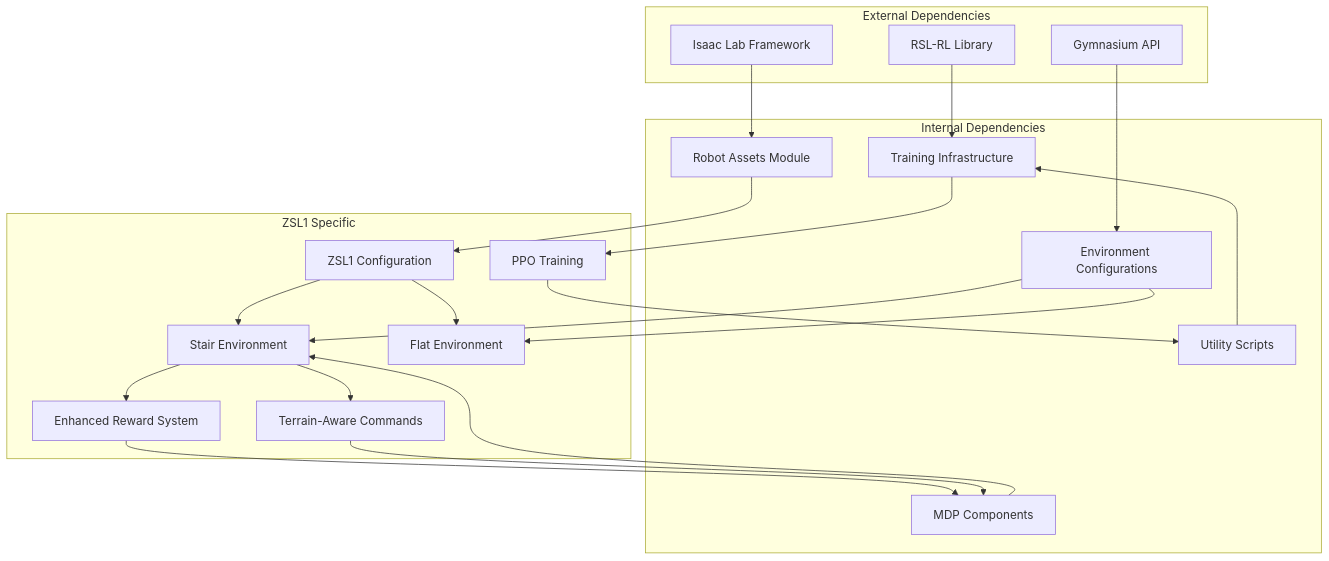
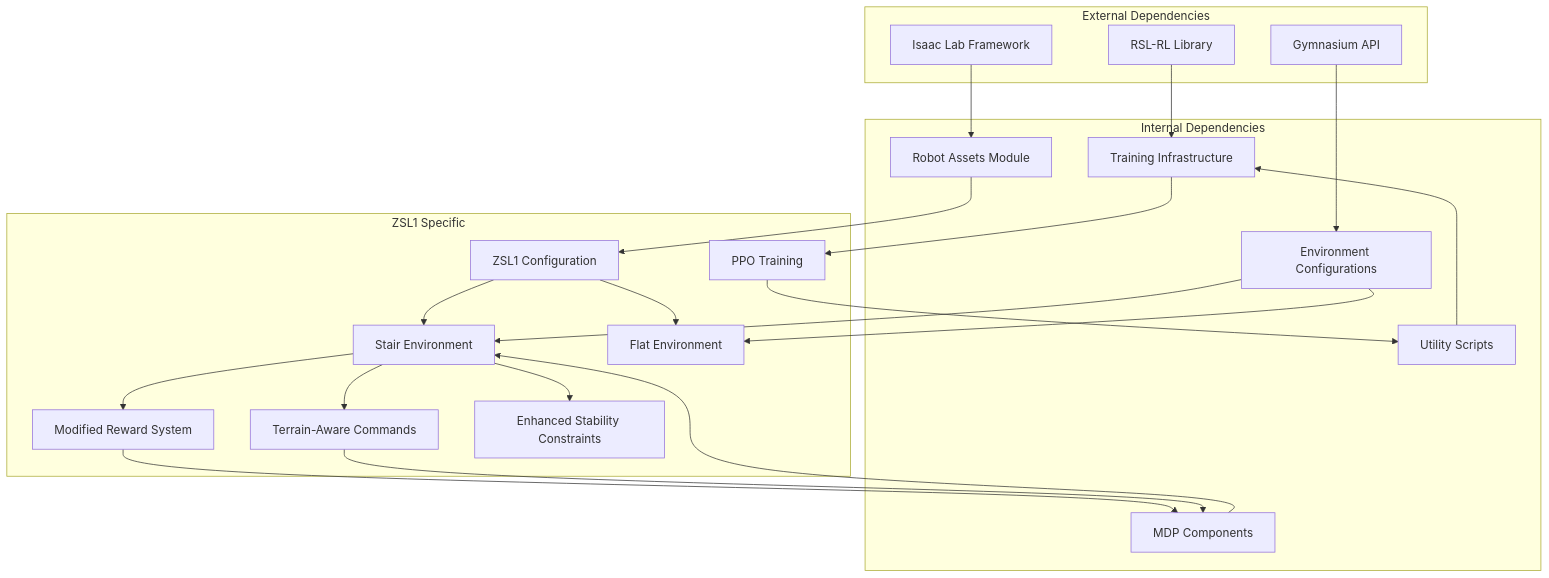
One commit to jayjayhust/robot_lab changed the ninth of 9 diagrams in .qoder/repowiki/en/content/ZSIBOT ZSL1 Stair Climbing Configuration.md. Above: the diagram before and after it, drawn with Mermaid. The commit also changed other lines of this file and 6 other files, not shown here.

````diff
--- a/.qoder/repowiki/en/content/ZSIBOT ZSL1 Stair Climbing Configuration.md
+++ b/.qoder/repowiki/en/content/ZSIBOT ZSL1 Stair Climbing Configuration.md
@@ -403,39 +449,41 @@
 ```mermaid
 graph TB
 subgraph "External Dependencies"
 ISAACLAB["Isaac Lab Framework"]
 RSL_RL["RSL-RL Library"]
 GYMNASIUM["Gymnasium API"]
 end
 subgraph "Internal Dependencies"
 ASSETS["Robot Assets Module"]
 ENV_CONFIG["Environment Configurations"]
 TRAINING["Training Infrastructure"]
 SCRIPTS["Utility Scripts"]
 MDP["MDP Components"]
 end
 subgraph "ZSL1 Specific"
 ZSL1_CFG["ZSL1 Configuration"]
 STAIR_CFG["Stair Environment"]
 FLAT_CFG["Flat Environment"]
 PPO_CFG["PPO Training"]
-ENHANCED_REWARDS["Enhanced Reward System"]
+MODIFIED_REWARDS["Modified Reward System"]
 TERRAIN_COMMANDS["Terrain-Aware Commands"]
+END_STABILITY["Enhanced Stability Constraints"]
 end
 ISAACLAB --> ASSETS
 RSL_RL --> TRAINING
 GYMNASIUM --> ENV_CONFIG
 ASSETS --> ZSL1_CFG
 ENV_CONFIG --> STAIR_CFG
 ENV_CONFIG --> FLAT_CFG
 TRAINING --> PPO_CFG
 SCRIPTS --> TRAINING
 ZSL1_CFG --> STAIR_CFG
 ZSL1_CFG --> FLAT_CFG
 PPO_CFG --> SCRIPTS
-STAIR_CFG --> ENHANCED_REWARDS
+STAIR_CFG --> MODIFIED_REWARDS
 STAIR_CFG --> TERRAIN_COMMANDS
-ENHANCED_REWARDS --> MDP
+STAIR_CFG --> END_STABILITY
+MODIFIED_REWARDS --> MDP
 TERRAIN_COMMANDS --> MDP
 MDP --> STAIR_CFG
 ```
````
